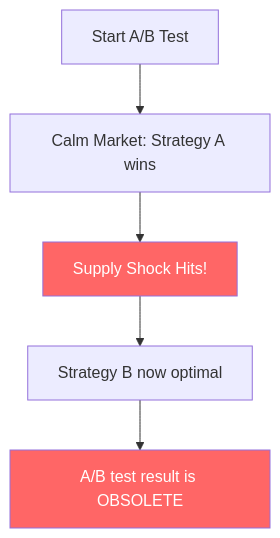
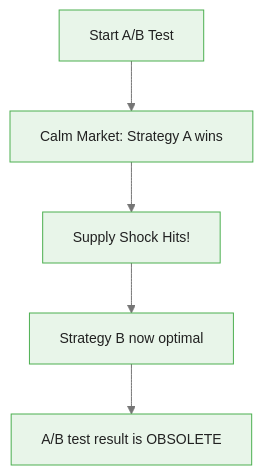
The fourth of 5 diagrams in courses/multi-armed-bandits-ab-testing/modules/module_00_foundations/guides/01_ab_testing_limits_slides.md (m-deane/course-creator), drawn with Mermaid before and after one commit. The commit also changed other lines of this file and 146 other files, not shown here.

````diff
--- a/courses/multi-armed-bandits-ab-testing/modules/module_00_foundations/guides/01_ab_testing_limits_slides.md
+++ b/courses/multi-armed-bandits-ab-testing/modules/module_00_foundations/guides/01_ab_testing_limits_slides.md
@@ -287,9 +329,8 @@
 ```mermaid
+%%{init: {"theme": "base", "themeVariables": {"primaryColor": "#e8f5e9", "primaryBorderColor": "#4caf50", "primaryTextColor": "#212121", "secondaryColor": "#e3f2fd", "tertiaryColor": "#fff8e1", "lineColor": "#757575", "fontFamily": "Inter, sans-serif", "fontSize": "14px"}}}%%
 flowchart TD
     A["Start A/B Test"] --> B["Calm Market: Strategy A wins"]
     B --> C["Supply Shock Hits!"]
     C --> D["Strategy B now optimal"]
     D --> E["A/B test result is OBSOLETE"]
-    style C fill:#f66,color:#fff
-    style E fill:#f66,color:#fff
 ```
````
